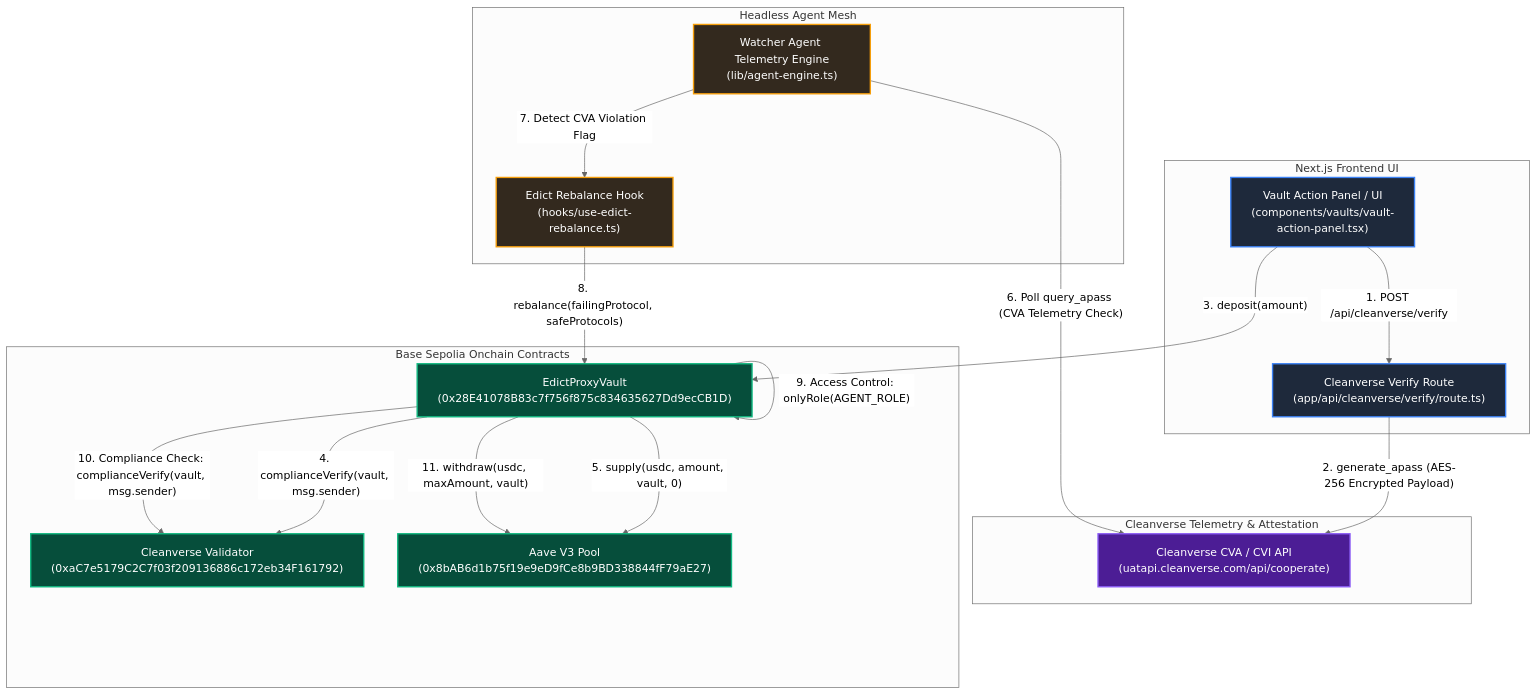
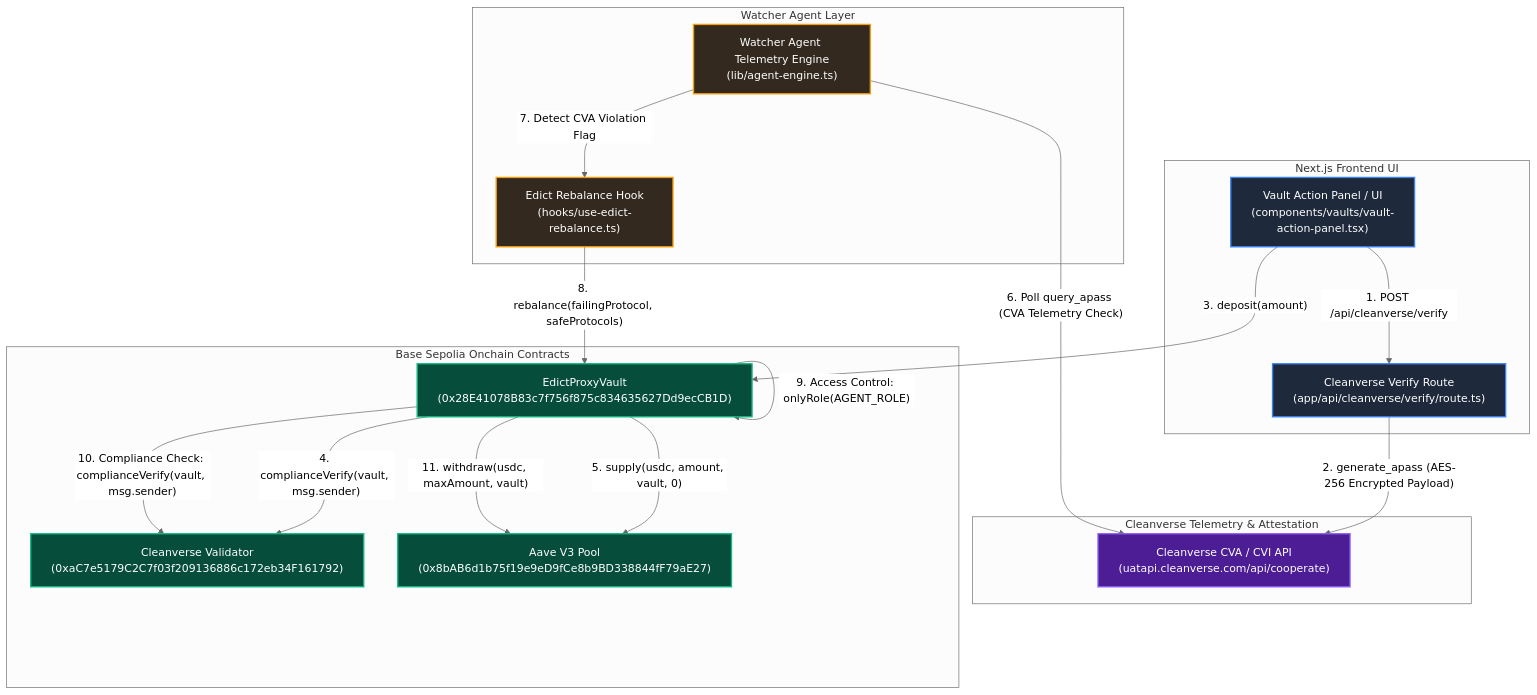
Before and after one commit to eugenennamdi/edict: the diagram in README.md, drawn with Mermaid (neutral theme). The commit also changed other lines of this file and 8 other files, not shown here.

````diff
--- a/README.md
+++ b/README.md
@@ -13,51 +13,51 @@
 ```mermaid
 flowchart TD
     %% Node Styling Definitions
     classDef frontend fill:#1e293b,stroke:#3b82f6,stroke-width:2px,color:#fff
     classDef agent fill:#33291e,stroke:#f59e0b,stroke-width:2px,color:#fff
     classDef contract fill:#064e3b,stroke:#10b981,stroke-width:2px,color:#fff
     classDef cleanverse fill:#4c1d95,stroke:#8b5cf6,stroke-width:2px,color:#fff
 
     subgraph FE["Next.js Frontend UI"]
         UI["Vault Action Panel / UI<br/>(components/vaults/vault-action-panel.tsx)"]:::frontend
         API["Cleanverse Verify Route<br/>(app/api/cleanverse/verify/route.ts)"]:::frontend
     end
 
-    subgraph AGENT["Headless Agent Mesh"]
+    subgraph AGENT["Watcher Agent Layer"]
         ENGINE["Watcher Agent Telemetry Engine<br/>(lib/agent-engine.ts)"]:::agent
         HOOK["Edict Rebalance Hook<br/>(hooks/use-edict-rebalance.ts)"]:::agent
     end
 
     subgraph CVA_CVI["Cleanverse Telemetry & Attestation"]
         CVA_API["Cleanverse CVA / CVI API<br/>(uatapi.cleanverse.com/api/cooperate)"]:::cleanverse
     end
 
     subgraph ONCHAIN["Base Sepolia Onchain Contracts"]
         VAL["Cleanverse Validator<br/>(0xaC7e5179C2C7f03f209136886c172eb34F161792)"]:::contract
         VAULT["EdictProxyVault<br/>(0x28E41078B83c7f756f875c834635627Dd9ecCB1D)"]:::contract
         AAVE["Aave V3 Pool<br/>(0x8bAB6d1b75f19e9eD9fCe8b9BD338844fF79aE27)"]:::contract
     end
 
     %% User Flow
     UI -- "1. POST /api/cleanverse/verify" --> API
     API -- "2. generate_apass (AES-256 Encrypted Payload)" --> CVA_API
     UI -- "3. deposit(amount)" --> VAULT
 
     %% Compliance Check on Deposit
     VAULT -- "4. complianceVerify(vault, msg.sender)" --> VAL
 
     %% Deposit Execution into Aave V3
     VAULT -- "5. supply(usdc, amount, vault, 0)" --> AAVE
 
     %% Telemetry & Agent Polling Loop
     ENGINE -- "6. Poll query_apass (CVA Telemetry Check)" --> CVA_API
     ENGINE -- "7. Detect CVA Violation Flag" --> HOOK
     HOOK -- "8. rebalance(failingProtocol, safeProtocols)" --> VAULT
 
     %% Dual-Guard Access Control Verification
     VAULT -- "9. Access Control: onlyRole(AGENT_ROLE)" --> VAULT
     VAULT -- "10. Compliance Check: complianceVerify(vault, msg.sender)" --> VAL
 
     %% Flight to Safety Evacuation
     VAULT -- "11. withdraw(usdc, maxAmount, vault)" --> AAVE
 ```
````
